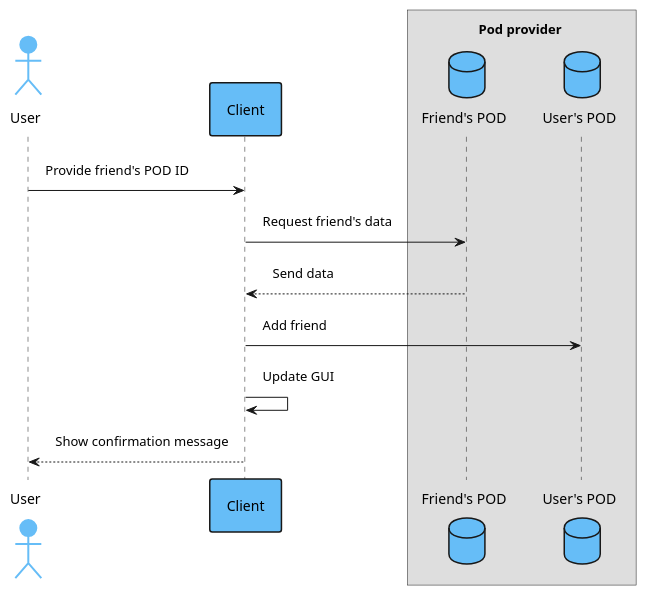
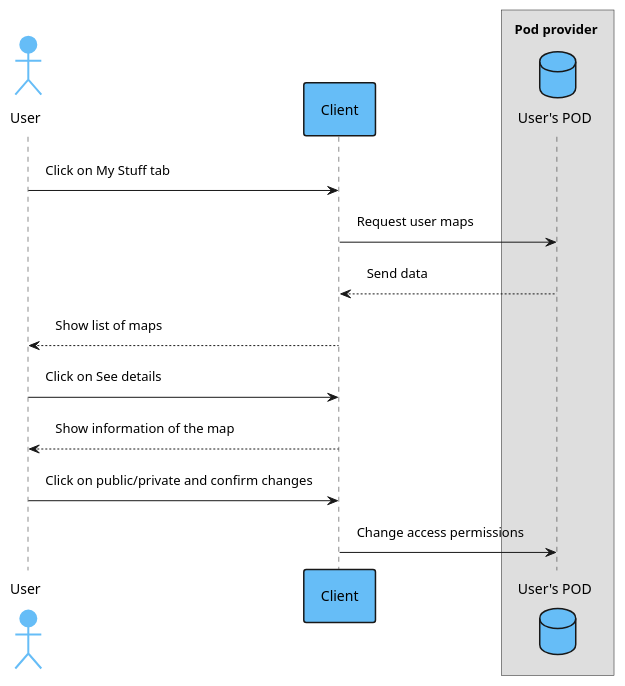
One commit to Arquisoft/lomap_en3a changed the second of 5 diagrams in docs/06_runtime_view.adoc. Above: the diagram before and after it, drawn with PlantUML. The commit also changed other lines of this file, not shown here.

Commit message:
docs: add change privacy diagram

```diff
--- a/docs/06_runtime_view.adoc
+++ b/docs/06_runtime_view.adoc
@@ -83,37 +83,40 @@
-[plantuml,"add_friend_success",svg]
+[plantuml,"set_public",svg]
 ----
 @startuml
 <style>
 root {
   Margin 40 5
 }
 </style>
 skinparam Padding 10
 skinparam ParticipantPadding 20
 skinparam BoxPadding 100
 
 skinparam ActorBackgroundColor #66bdf7
 skinparam ActorBorderColor #66bdf7
 skinparam ActorBorderThickness 2
 
 skinparam ParticipantBackgroundColor #66bdf7
 skinparam ParticipantBorderThickness 1.5
 
 skinparam DatabaseBackgroundColor #66bdf7
 
-Actor User as u
-Participant Client as c
+
+actor User as u
+participant Client as c
+
 box Pod provider #dedede
-  Database "Friend's POD" as fp
   Database "User's POD" as up
 endbox
 
-u->c: Provide friend's POD ID
-c->fp: Request friend's data
-c<--fp: Send data
-c->up: Add friend
-c->c: Update GUI
-u<--c: Show confirmation message
+u -> c: Click on My Stuff tab
+c -> up: Request user maps
+c <-- up: Send data
+u <-- c: Show list of maps
+u -> c: Click on See details
+u <-- c: Show information of the map
+u -> c: Click on public/private and confirm changes
+c -> up: Change access permissions
 
 @enduml
 ----
```
